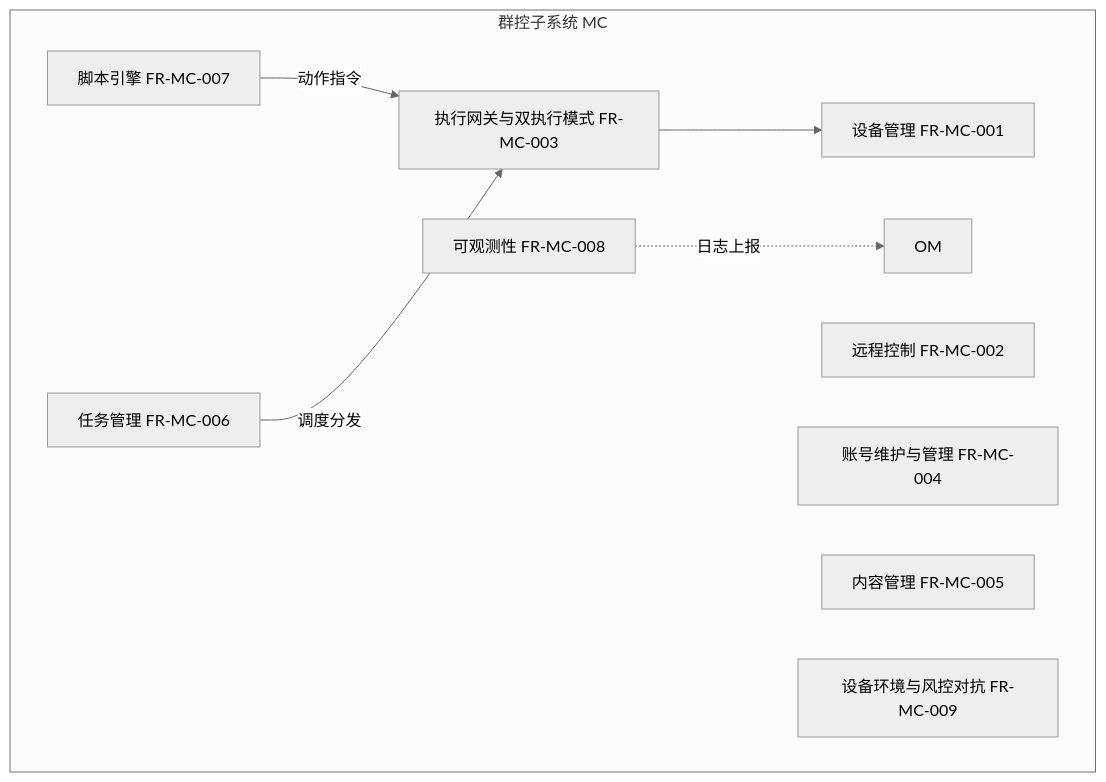
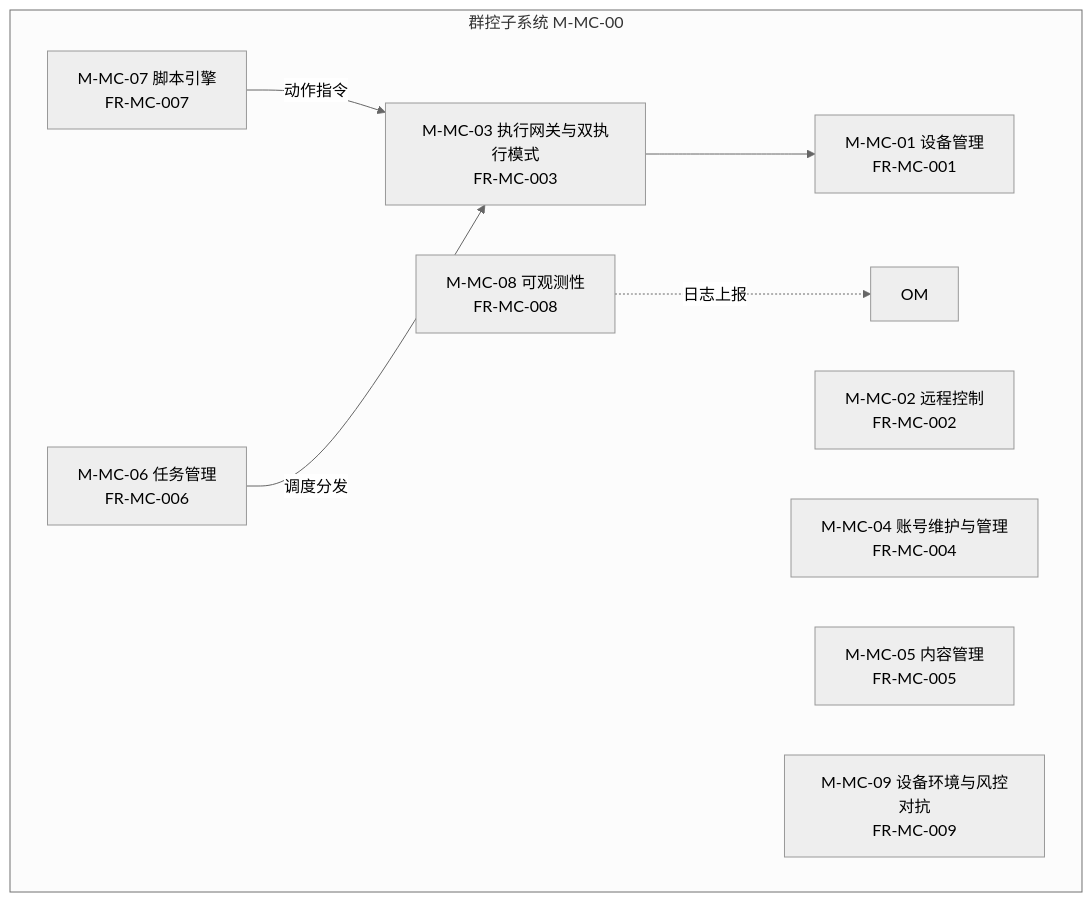
One commit to Sj-g/obsidian changed the ninth of 13 diagrams in 公司项目/认知作战/文档/软件概要设计说明.md. Above: the diagram before and after it, drawn with Mermaid (neutral theme). The commit also changed other lines of this file, not shown here.

````diff
--- a/公司项目/认知作战/文档/软件概要设计说明.md
+++ b/公司项目/认知作战/文档/软件概要设计说明.md
@@ -320,18 +322,18 @@
 ```mermaid
 flowchart TB
-    subgraph MC["群控子系统 MC"]
-        MC1["设备管理 FR-MC-001"]
-        MC2["远程控制 FR-MC-002"]
-        MC3["执行网关与双执行模式 FR-MC-003"]
-        MC4["账号维护与管理 FR-MC-004"]
-        MC5["内容管理 FR-MC-005"]
-        MC6["任务管理 FR-MC-006"]
-        MC7["脚本引擎 FR-MC-007"]
-        MC8["可观测性 FR-MC-008"]
-        MC9["设备环境与风控对抗 FR-MC-009"]
+    subgraph MC["群控子系统 M-MC-00"]
+        MC1["M-MC-01 设备管理<br/>FR-MC-001"]
+        MC2["M-MC-02 远程控制<br/>FR-MC-002"]
+        MC3["M-MC-03 执行网关与双执行模式<br/>FR-MC-003"]
+        MC4["M-MC-04 账号维护与管理<br/>FR-MC-004"]
+        MC5["M-MC-05 内容管理<br/>FR-MC-005"]
+        MC6["M-MC-06 任务管理<br/>FR-MC-006"]
+        MC7["M-MC-07 脚本引擎<br/>FR-MC-007"]
+        MC8["M-MC-08 可观测性<br/>FR-MC-008"]
+        MC9["M-MC-09 设备环境与风控对抗<br/>FR-MC-009"]
         MC7 -->|"动作指令"| MC3
         MC6 -->|"调度分发"| MC3
         MC3 --> MC1
         MC8 -.->|"日志上报"| OM2["OM"]
     end
 ```
````
